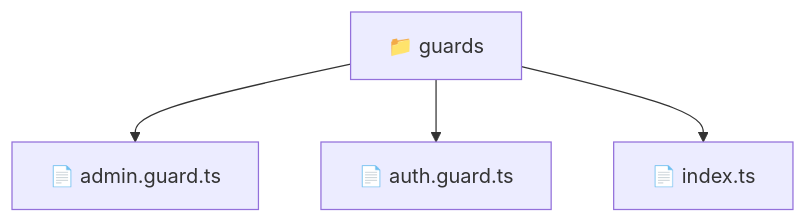
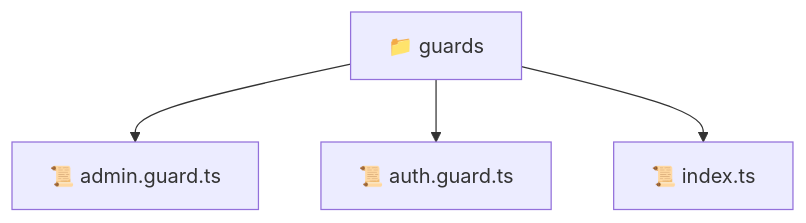
One commit to beginwebdev2002/fullstack-mavluda changed the diagram in frontend/src/core/guards/README.md. Above: the diagram before and after it, drawn with Mermaid. The commit also changed other lines of this file and 163 other files, not shown here.

````diff
--- a/frontend/src/core/guards/README.md
+++ b/frontend/src/core/guards/README.md
@@ -9,7 +9,7 @@
 ```mermaid
 graph TD
-  Root["📁 guards"]
-  Root --> admin_guard_ts["📄 admin.guard.ts"]
-  Root --> auth_guard_ts["📄 auth.guard.ts"]
-  Root --> index_ts["📄 index.ts"]
+  guards["📁 guards"]
+  guards --> admin_guard_ts["📜 admin.guard.ts"]
+  guards --> auth_guard_ts["📜 auth.guard.ts"]
+  guards --> index_ts["📜 index.ts"]
 ```
````
